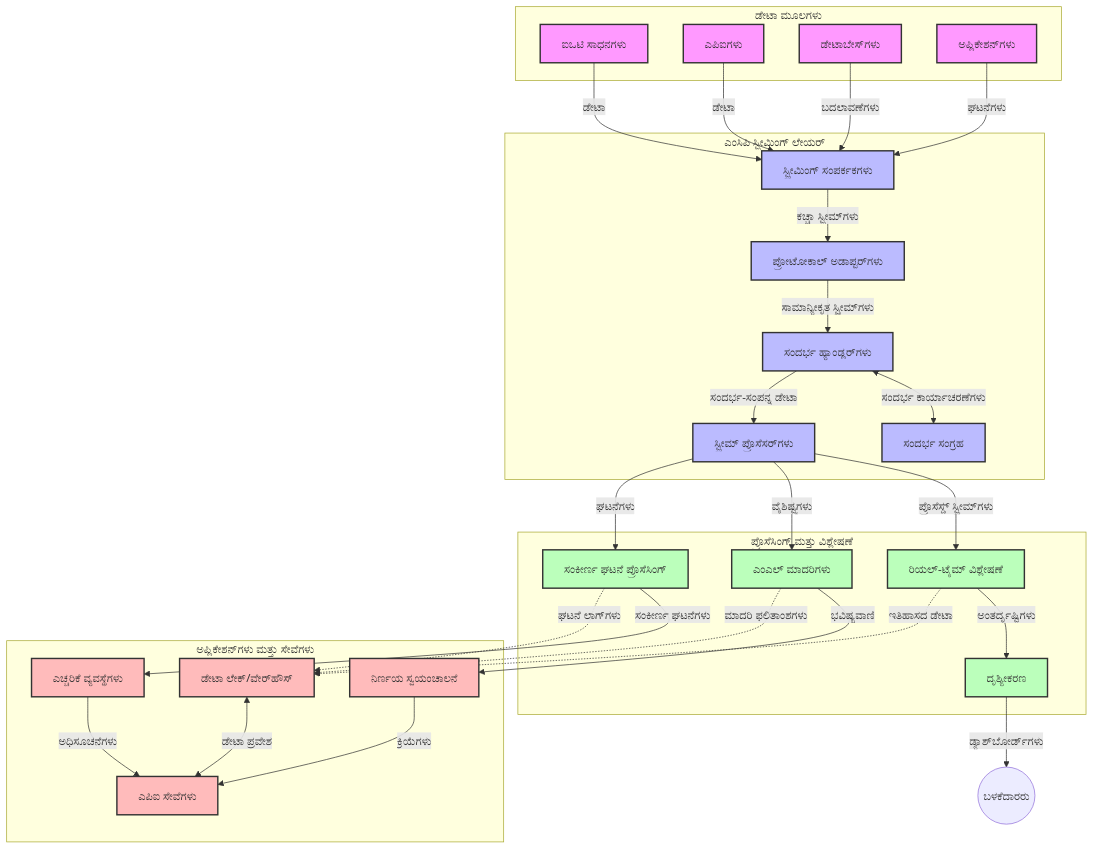
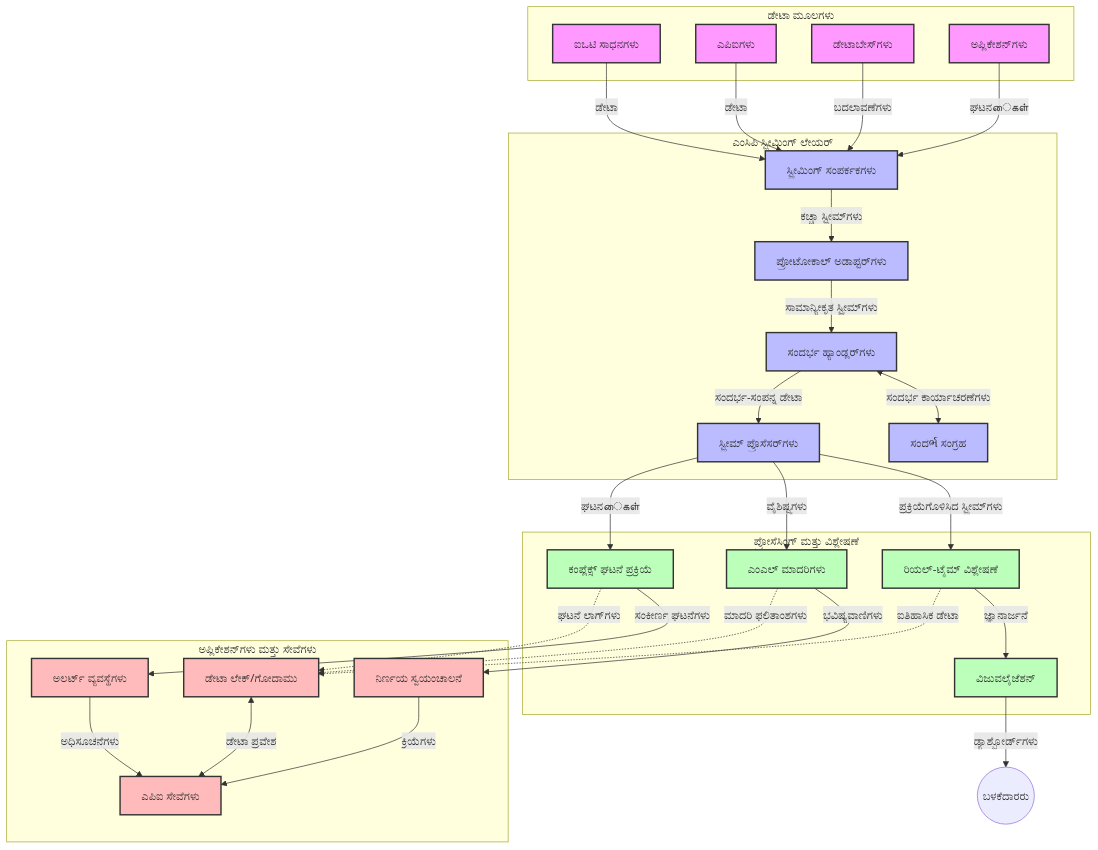
Before and after one commit to HIDORAKAI002/ai-workspace-archive: the diagram in mcp_ecosystem__model_context_protocol/mcp_learning_resources/mcp-for-beginners/translations/kn/05-AdvancedTopics/mcp-realtimestreaming/README.md, drawn with Mermaid. The commit also changed other lines of this file and 1511 other files, not shown here.

````diff
--- a/mcp_ecosystem__model_context_protocol/mcp_learning_resources/mcp-for-beginners/translations/kn/05-AdvancedTopics/mcp-realtimestreaming/README.md
+++ b/mcp_ecosystem__model_context_protocol/mcp_learning_resources/mcp-for-beginners/translations/kn/05-AdvancedTopics/mcp-realtimestreaming/README.md
@@ -90,67 +90,67 @@
 ```mermaid
 graph TD
     subgraph "ಡೇಟಾ ಮೂಲಗಳು"
         IoT[ಐಒಟಿ ಸಾಧನಗಳು]
         APIs[ಎಪಿಐಗಳು]
         DB[ಡೇಟಾಬೇಸ್‌ಗಳು]
-        Apps[ಅಪ್ಲಿಕೇಶನ್‌ಗಳು]
+        Apps[ಅಪ್ಲಿಕೇಶನ್‌ಗಳು]
     end
 
-    subgraph "ಎಂಸಿಪಿ ಸ್ಟ್ರೀಮಿಂಗ್ ಲೇಯರ್"
+    subgraph "ಎಂಸಿಪಿ ಸ್ಟ್ರೀಮಿಂಗ್ ಲೇಯರ್"
         SC[ಸ್ಟ್ರೀಮಿಂಗ್ ಸಂಪರ್ಕಕಗಳು]
         PA[ಪ್ರೋಟೋಕಾಲ್ ಅಡಾಪ್ಟರ್‌ಗಳು]
         CH[ಸಂದರ್ಭ ಹ್ಯಾಂಡ್ಲರ್‌ಗಳು]
         SP[ಸ್ಟ್ರೀಮ್ ಪ್ರೊಸೆಸರ್‌ಗಳು]
-        CS[ಸಂದರ್ಭ ಸಂಗ್ರಹ]
+        CS[ಸಂದર્ભ ಸಂಗ್ರಹ]
     end
 
-    subgraph "ಪ್ರೊಸೆಸಿಂಗ್ ಮತ್ತು ವಿಶ್ಲೇಷಣೆ"
+    subgraph "ಪ್ರೋಸೆಸಿಂಗ್ ಮತ್ತು ವಿಶ್ಲೇಷಣೆ"
         RT[ರಿಯಲ್-ಟೈಮ್ ವಿಶ್ಲೇಷಣೆ]
         ML[ಎಂಎಲ್ ಮಾದರಿಗಳು]
-        CEP[ಸಂಕೀರ್ಣ ಘಟನೆ ಪ್ರೊಸೆಸಿಂಗ್]
-        Viz[ದೃಶ್ಯೀಕರಣ]
+        CEP[ಕಂಪ್ಲೆಕ್ಸ್ ಘಟನೆ ಪ್ರಕ್ರಿಯೆ]
+        Viz[ವಿಜುವಲೈಜೆಶನ್]
     end
 
-    subgraph "ಅಪ್ಲಿಕೇಶನ್‌ಗಳು ಮತ್ತು ಸೇವೆಗಳು"
+    subgraph "ಅಪ್ಲಿಕೇಶನ್‌ಗಳು ಮತ್ತು ಸೇವೆಗಳು"
         DA[ನಿರ್ಣಯ ಸ್ವಯಂಚಾಲನೆ]
-        Alerts[ಎಚ್ಚರಿಕೆ ವ್ಯವಸ್ಥೆಗಳು]
-        DL[ಡೇಟಾ ಲೇಕ್/ವೇರ್‌ಹೌಸ್]
+        Alerts[ಅಲರ್ಟ್ ವ್ಯವಸ್ಥೆಗಳು]
+        DL[ಡೇಟಾ ಲೇಕ್/ಗೋದಾಮು]
         API[ಎಪಿಐ ಸೇವೆಗಳು]
     end
 
     IoT -->|ಡೇಟಾ| SC
     APIs -->|ಡೇಟಾ| SC
     DB -->|ಬದಲಾವಣೆಗಳು| SC
-    Apps -->|ಘಟನೆಗಳು| SC
+    Apps -->|ಘಟನைகள்| SC
     
     SC -->|ಕಚ್ಚಾ ಸ್ಟ್ರೀಮ್‌ಗಳು| PA
     PA -->|ಸಾಮಾನ್ಯೀಕೃತ ಸ್ಟ್ರೀಮ್‌ಗಳು| CH
     CH <-->|ಸಂದರ್ಭ ಕಾರ್ಯಾಚರಣೆಗಳು| CS
     CH -->|ಸಂದರ್ಭ-ಸಂಪನ್ನ ಡೇಟಾ| SP
-    SP -->|ಪ್ರೊಸೆಸ್ಡ್ ಸ್ಟ್ರೀಮ್‌ಗಳು| RT
+    SP -->|ಪ್ರಕ್ರಿಯೆಗೊಳಿಸಿದ ಸ್ಟ್ರೀಮ್‌ಗಳು| RT
     SP -->|ವೈಶಿಷ್ಟ್ಯಗಳು| ML
-    SP -->|ಘಟನೆಗಳು| CEP
+    SP -->|ಘಟನைகள்| CEP
     
-    RT -->|ಅಂತರ್ದೃಷ್ಟಿಗಳು| Viz
-    ML -->|ಭವಿಷ್ಯವಾಣಿ| DA
+    RT -->|ಜ್ಞಾನಾರ್ಜನೆ| Viz
+    ML -->|ಭವಿಷ್ಯವಾಣಿಗಳು| DA
     CEP -->|ಸಂಕೀರ್ಣ ಘಟನೆಗಳು| Alerts
-    Viz -->|ಡ್ಯಾಶ್‌ಬೋರ್ಡ್‌ಗಳು| Users((ಬಳಕೆದಾರರು))
+    Viz -->|ಡ್ಯಾಶ್ಬೋರ್ಡ್‌ಗಳು| Users((ಬಳಕೆದಾರರು))
     
-    RT -.->|ಇತಿಹಾಸದ ಡೇಟಾ| DL
+    RT -.->|ಐತಿಹಾಸಿಕ ಡೇಟಾ| DL
     ML -.->|ಮಾದರಿ ಫಲಿತಾಂಶಗಳು| DL
     CEP -.->|ಘಟನೆ ಲಾಗ್‌ಗಳು| DL
     
     DA -->|ಕ್ರಿಯೆಗಳು| API
     Alerts -->|ಅಧಿಸೂಚನೆಗಳು| API
     DL <-->|ಡೇಟಾ ಪ್ರವೇಶ| API
     
     classDef sources fill:#f9f,stroke:#333,stroke-width:2px
     classDef mcp fill:#bbf,stroke:#333,stroke-width:2px
     classDef processing fill:#bfb,stroke:#333,stroke-width:2px
     classDef apps fill:#fbb,stroke:#333,stroke-width:2px
     
     class IoT,APIs,DB,Apps sources
     class SC,PA,CH,SP,CS mcp
     class RT,ML,CEP,Viz processing
     class DA,Alerts,DL,API apps
 ```
````
